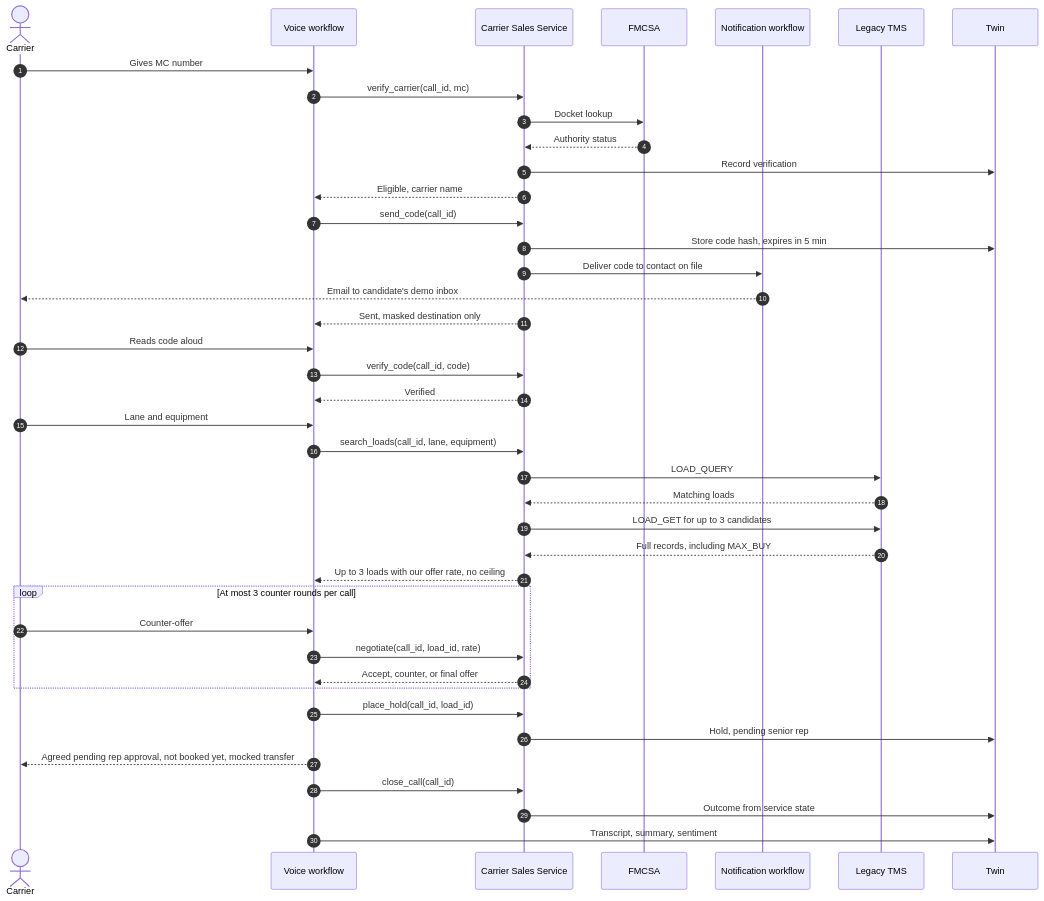
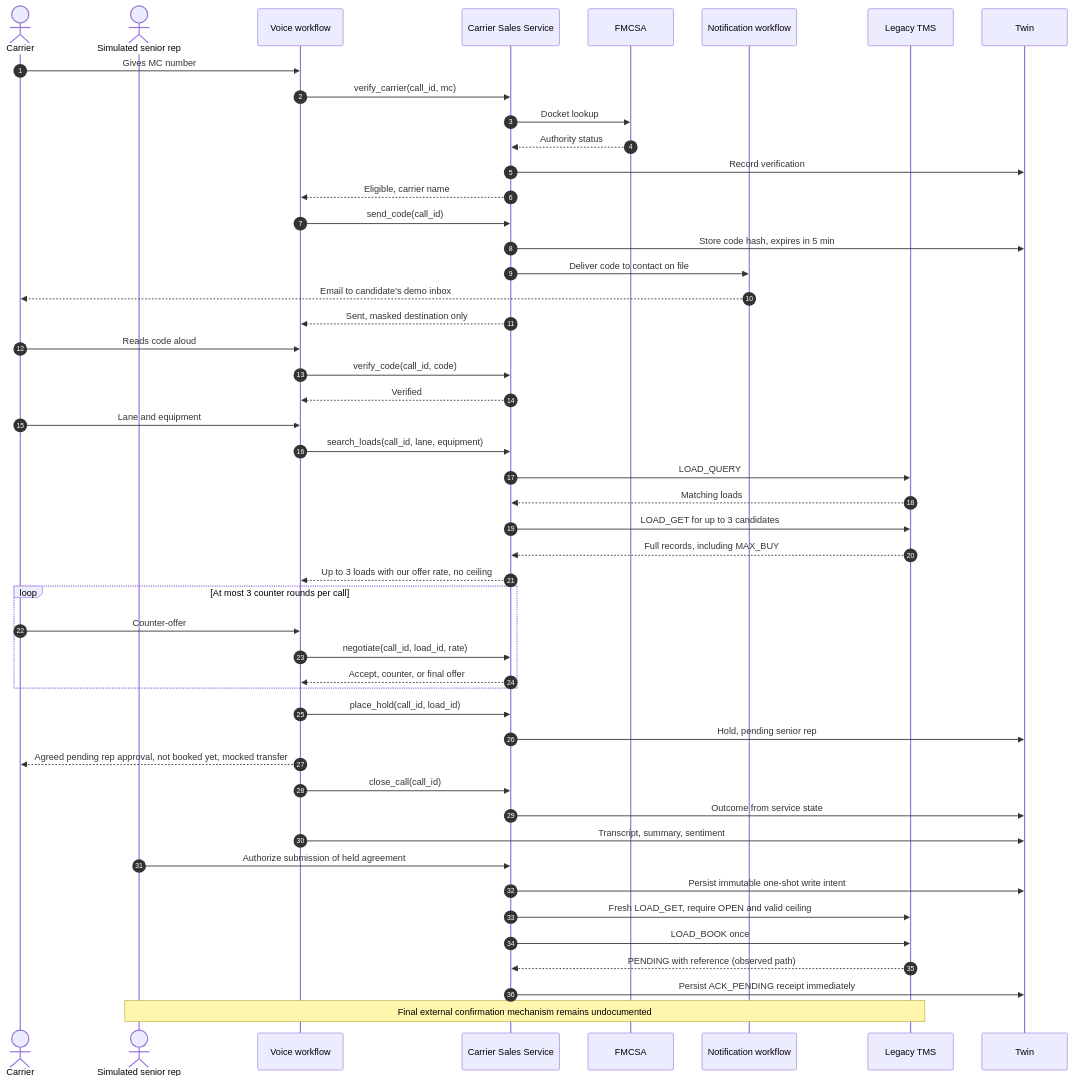
The second of 3 diagrams in ARCHITECTURE.md (sgon0181/happyrobot-inbound-carrier-sales), drawn with Mermaid before and after one commit. The commit also changed other lines of this file and 12 other files, not shown here.

````diff
--- a/ARCHITECTURE.md
+++ b/ARCHITECTURE.md
@@ -86,49 +86,57 @@
 ```mermaid
 sequenceDiagram
     autonumber
     actor C as Carrier
+    actor R as Simulated senior rep
     participant A as Voice workflow
     participant S as Carrier Sales Service
     participant F as FMCSA
     participant N as Notification workflow
     participant T as Legacy TMS
     participant D as Twin
 
     C->>A: Gives MC number
     A->>S: verify_carrier(call_id, mc)
     S->>F: Docket lookup
     F-->>S: Authority status
     S->>D: Record verification
     S-->>A: Eligible, carrier name
 
     A->>S: send_code(call_id)
     S->>D: Store code hash, expires in 5 min
     S->>N: Deliver code to contact on file
     N-->>C: Email to candidate's demo inbox
     S-->>A: Sent, masked destination only
     C->>A: Reads code aloud
     A->>S: verify_code(call_id, code)
     S-->>A: Verified
 
     C->>A: Lane and equipment
     A->>S: search_loads(call_id, lane, equipment)
     S->>T: LOAD_QUERY
     T-->>S: Matching loads
     S->>T: LOAD_GET for up to 3 candidates
     T-->>S: Full records, including MAX_BUY
     S-->>A: Up to 3 loads with our offer rate, no ceiling
 
     loop At most 3 counter rounds per call
         C->>A: Counter-offer
         A->>S: negotiate(call_id, load_id, rate)
         S-->>A: Accept, counter, or final offer
     end
 
     A->>S: place_hold(call_id, load_id)
     S->>D: Hold, pending senior rep
     A-->>C: Agreed pending rep approval, not booked yet, mocked transfer
 
     A->>S: close_call(call_id)
     S->>D: Outcome from service state
     A->>D: Transcript, summary, sentiment
+    R->>S: Authorize submission of held agreement
+    S->>D: Persist immutable one-shot write intent
+    S->>T: Fresh LOAD_GET, require OPEN and valid ceiling
+    S->>T: LOAD_BOOK once
+    T-->>S: PENDING with reference (observed path)
+    S->>D: Persist ACK_PENDING receipt immediately
+    Note over R,T: Final external confirmation mechanism remains undocumented
 ```
````
